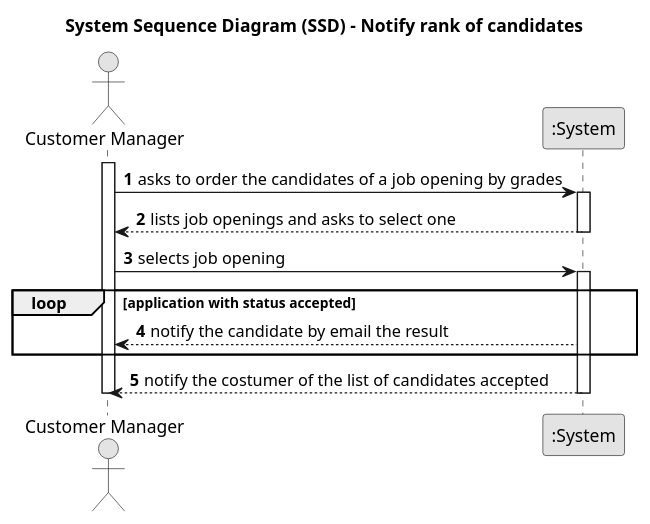
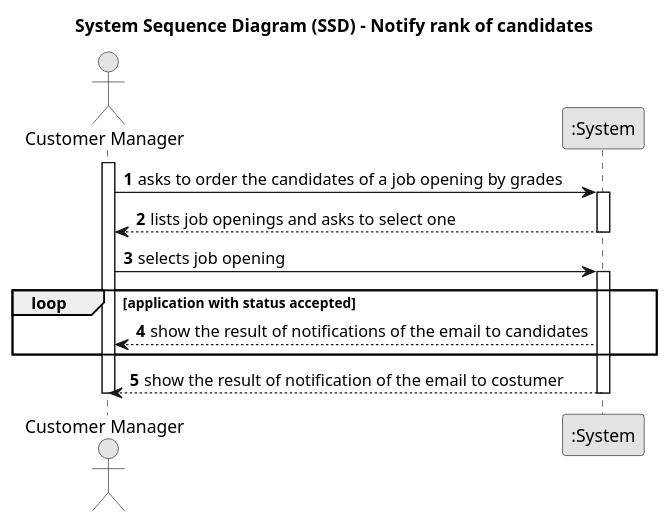
The diagram in docs/SprintC/12-notify-rank-by-email/system-sequence-diagram.puml (MiguelCardoso77/LAPR4), drawn with PlantUML before and after one commit. The commit also changed 9 other files, not shown here.

```diff
--- a/docs/SprintC/12-notify-rank-by-email/system-sequence-diagram.puml
+++ b/docs/SprintC/12-notify-rank-by-email/system-sequence-diagram.puml
@@ -1,35 +1,35 @@
 @startuml
 skinparam monochrome true
 skinparam packageStyle rectangle
 skinparam shadowing false
 
 title System Sequence Diagram (SSD) - Notify rank of candidates
 
 autonumber
 
 actor "Customer Manager" as CM
 participant ":System" as System
 
 activate CM
 
     CM -> System : asks to order the candidates of a job opening by grades
     activate System
 
 
        System --> CM : lists job openings and asks to select one
     deactivate System
 
     CM -> System : selects job opening
     activate System
 
 loop application with status accepted
-        System --> CM : notify the candidate by email the result
+        System --> CM :show the result of notifications of the email to candidates
 end
 
-    System --> CM : notify the costumer of the list of candidates accepted
+    System --> CM : show the result of notification of the email to costumer
 
     deactivate System
 
 deactivate CM
 
 @enduml
```
